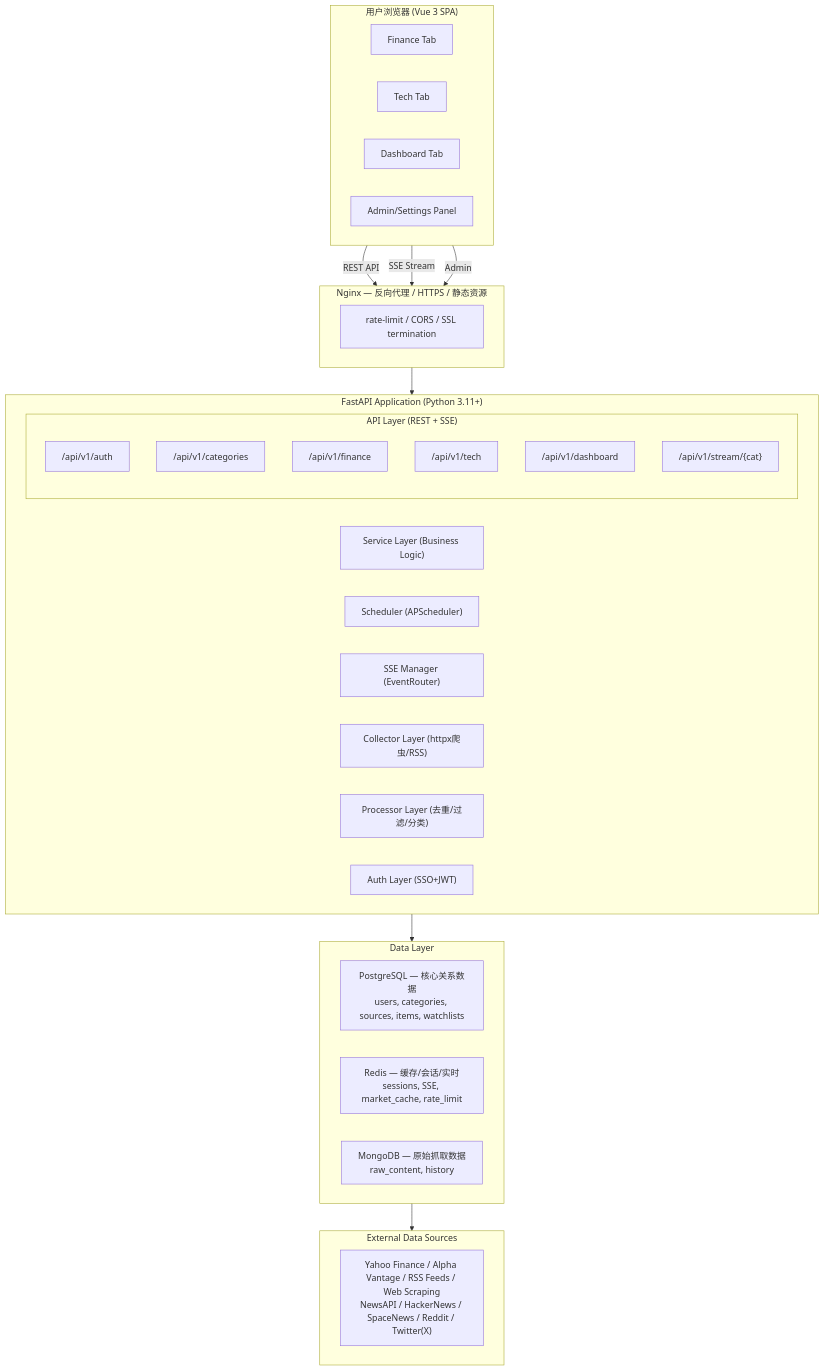
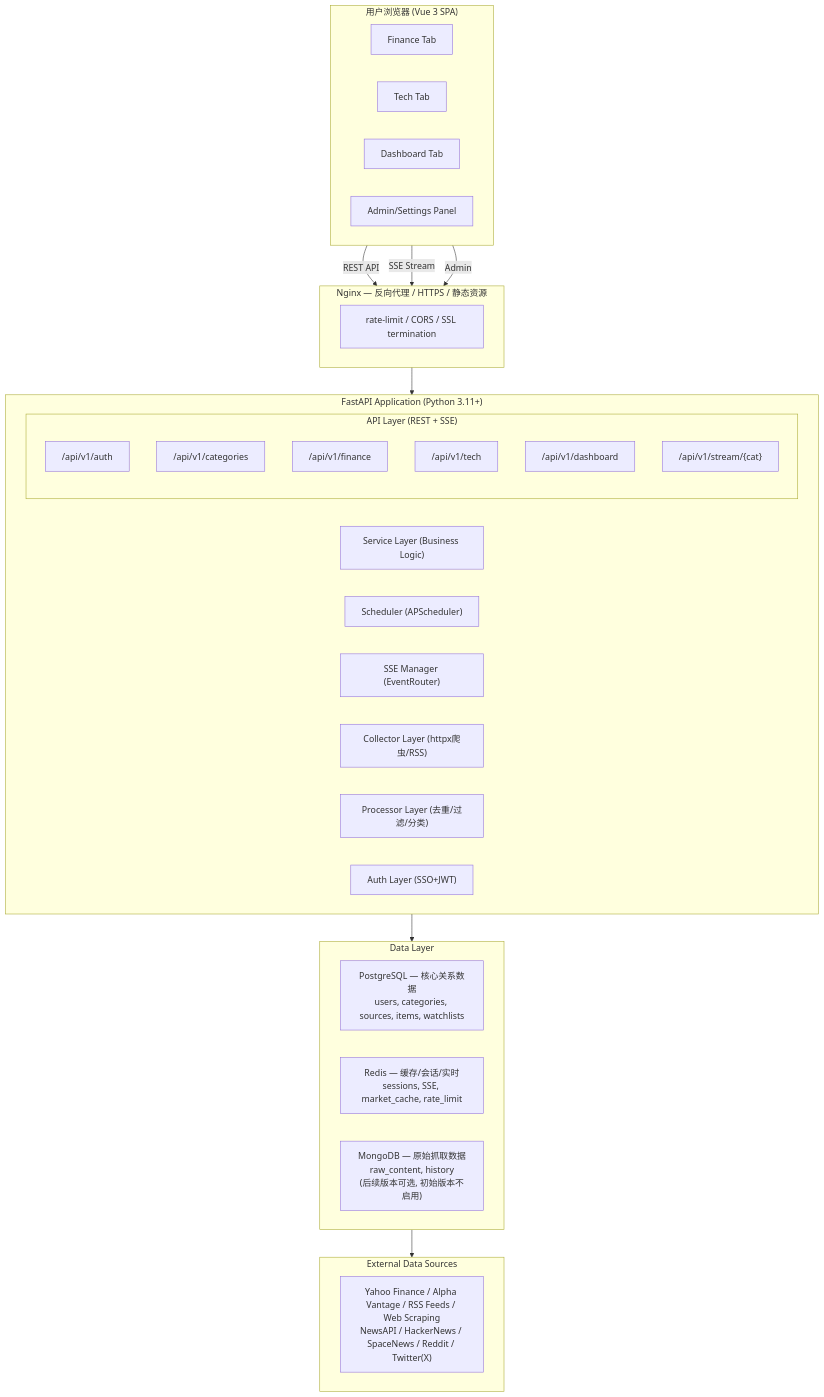
One commit to onceme/instantboard changed the first of 3 diagrams in docs/design/architecture.md. Above: the diagram before and after it, drawn with Mermaid. The commit also changed other lines of this file and 6 other files, not shown here.

````diff
--- a/docs/design/architecture.md
+++ b/docs/design/architecture.md
@@ -23,47 +23,47 @@
 ```mermaid
 graph TD
     subgraph Browser["用户浏览器 (Vue 3 SPA)"]
         FinanceTab["Finance Tab"]
         TechTab["Tech Tab"]
         DashboardTab["Dashboard Tab"]
         AdminPanel["Admin/Settings Panel"]
     end
 
     subgraph NginxLayer["Nginx — 反向代理 / HTTPS / 静态资源"]
         NginxFunc["rate-limit / CORS / SSL termination"]
     end
 
     subgraph FastAPIApp["FastAPI Application (Python 3.11+)"]
         subgraph APILayer["API Layer (REST + SSE)"]
             AuthAPI["/api/v1/auth"]
             CatAPI["/api/v1/categories"]
             FinAPI["/api/v1/finance"]
             TechAPI["/api/v1/tech"]
             DashAPI["/api/v1/dashboard"]
             StreamAPI["/api/v1/stream/{cat}"]
         end
         ServiceLayer["Service Layer (Business Logic)"]
         SchedulerComp["Scheduler (APScheduler)"]
         SSEManager["SSE Manager (EventRouter)"]
         CollectorLayer["Collector Layer (httpx爬虫/RSS)"]
         ProcessorLayer["Processor Layer (去重/过滤/分类)"]
         AuthLayer["Auth Layer (SSO+JWT)"]
     end
 
     subgraph DataLayer["Data Layer"]
         PostgreSQL["PostgreSQL — 核心关系数据<br>users, categories, sources, items, watchlists"]
         Redis["Redis — 缓存/会话/实时<br>sessions, SSE, market_cache, rate_limit"]
-        MongoDB["MongoDB — 原始抓取数据<br>raw_content, history"]
+        MongoDB["MongoDB — 原始抓取数据<br>raw_content, history<br>(后续版本可选, 初始版本不启用)"]
     end
 
     subgraph ExternalSources["External Data Sources"]
         ExtData["Yahoo Finance / Alpha Vantage / RSS Feeds / Web Scraping<br>NewsAPI / HackerNews / SpaceNews / Reddit / Twitter(X)"]
     end
 
     Browser -->|"REST API"| NginxLayer
     Browser -->|"SSE Stream"| NginxLayer
     Browser -->|"Admin"| NginxLayer
     NginxLayer --> FastAPIApp
     FastAPIApp --> DataLayer
     DataLayer --> ExternalSources
 ```
````
